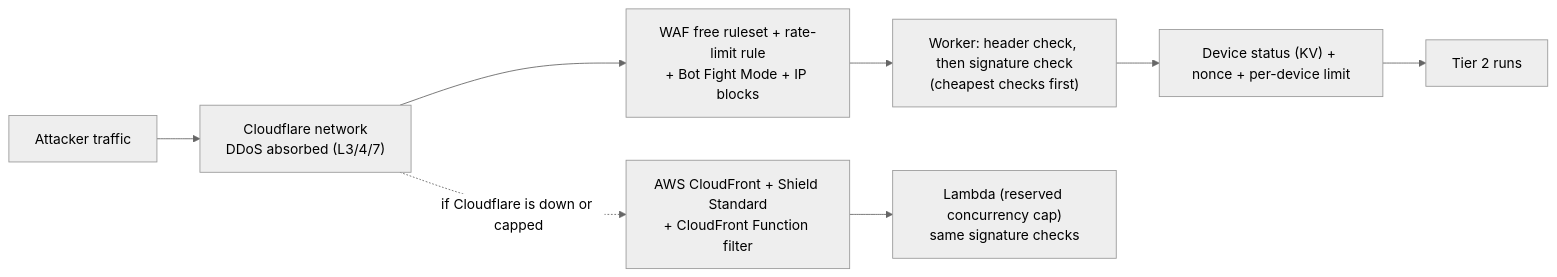
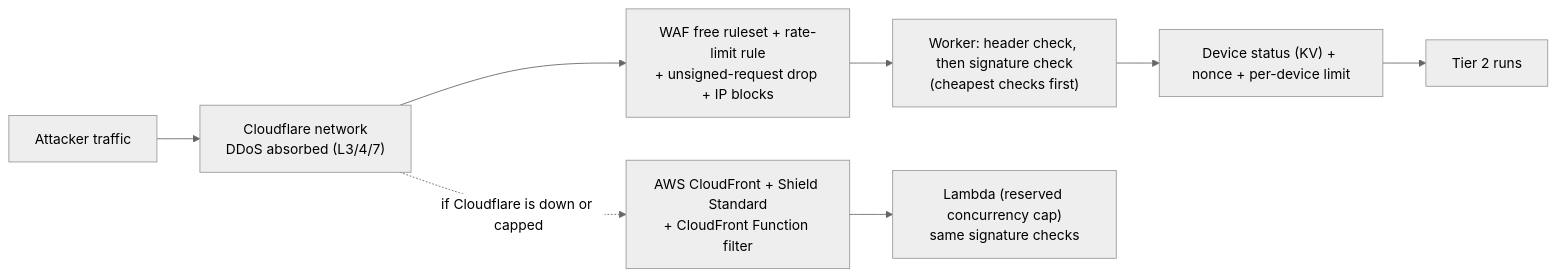
The fifth of 5 diagrams in docs/PROD_ARCHITECTURE.md (RKG765/Behavioral-Cyber-Resilient-Detection-Framework-for-Early-Detection-of-Ransomware-Attacks), drawn with Mermaid (neutral theme) before and after one commit. The commit also changed other lines of this file and 14 other files, not shown here.

````diff
--- a/docs/PROD_ARCHITECTURE.md
+++ b/docs/PROD_ARCHITECTURE.md
@@ -531,10 +531,10 @@
 ```mermaid
 flowchart LR
     A["Attacker traffic"] --> L1["Cloudflare network\nDDoS absorbed (L3/4/7)"]
-    L1 --> L2["WAF free ruleset + rate-limit rule\n+ Bot Fight Mode + IP blocks"]
+    L1 --> L2["WAF free ruleset + rate-limit rule\n+ unsigned-request drop + IP blocks"]
     L2 --> L3["Worker: header check, then signature check\n(cheapest checks first)"]
     L3 --> L4["Device status (KV) + nonce + per-device limit"]
     L4 --> OK["Tier 2 runs"]
     L1 -.->|"if Cloudflare is down or capped"| F1["AWS CloudFront + Shield Standard\n+ CloudFront Function filter"]
     F1 --> F2["Lambda (reserved concurrency cap)\nsame signature checks"]
 ```
````
